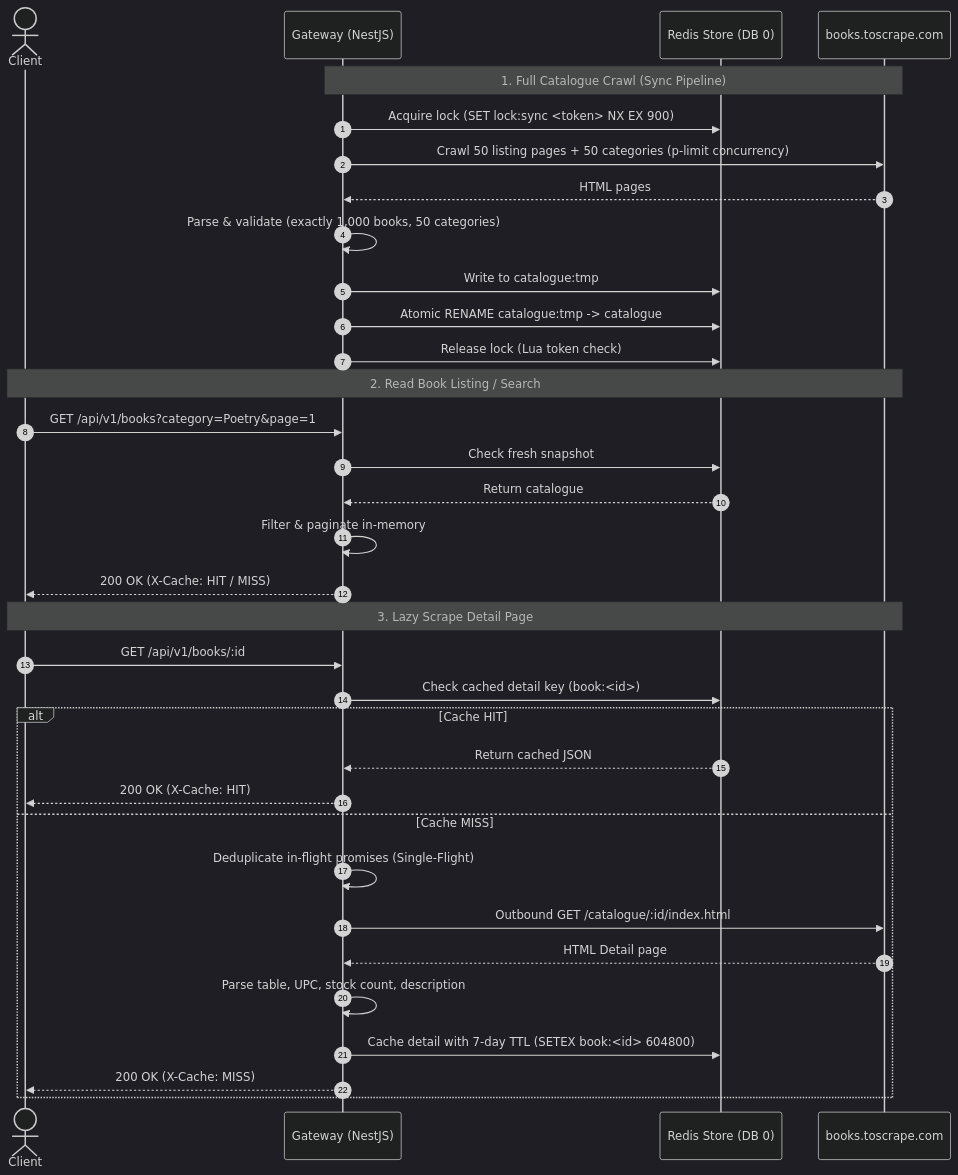
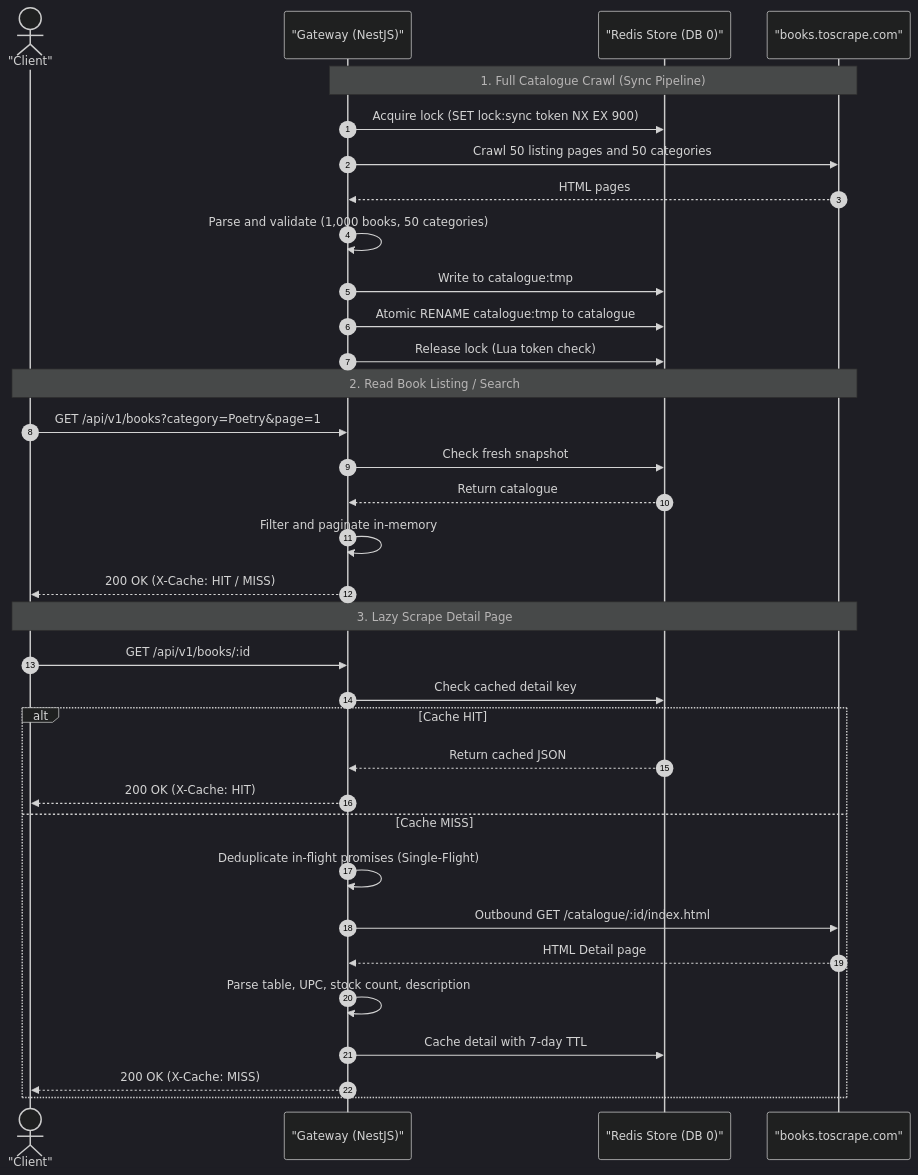
One commit to sandeep-kumar-21/bookscrape-getway-razorpay-assignment changed the second of 2 diagrams in README.md. Above: the diagram before and after it, drawn with Mermaid (dark theme). The commit also changed other lines of this file, not shown here.

Commit message:
docs: fix Mermaid diagram syntax for GitHub rendering

````diff
--- a/README.md
+++ b/README.md
@@ -91,42 +101,42 @@
 ```mermaid
 sequenceDiagram
     autonumber
-    actor Client
-    participant GW as Gateway (NestJS)
-    participant Redis as Redis Store (DB 0)
-    participant Upstream as books.toscrape.com
+    actor Client as "Client"
+    participant GW as "Gateway (NestJS)"
+    participant Redis as "Redis Store (DB 0)"
+    participant Upstream as "books.toscrape.com"
 
     %% Sync Flow
     Note over GW,Upstream: 1. Full Catalogue Crawl (Sync Pipeline)
-    GW->>Redis: Acquire lock (SET lock:sync <token> NX EX 900)
-    GW->>Upstream: Crawl 50 listing pages + 50 categories (p-limit concurrency)
+    GW->>Redis: Acquire lock (SET lock:sync token NX EX 900)
+    GW->>Upstream: Crawl 50 listing pages and 50 categories
     Upstream-->>GW: HTML pages
-    GW->>GW: Parse & validate (exactly 1,000 books, 50 categories)
+    GW->>GW: Parse and validate (1,000 books, 50 categories)
     GW->>Redis: Write to catalogue:tmp
-    GW->>Redis: Atomic RENAME catalogue:tmp -> catalogue
+    GW->>Redis: Atomic RENAME catalogue:tmp to catalogue
     GW->>Redis: Release lock (Lua token check)
 
     %% Request Flow
     Note over Client,Upstream: 2. Read Book Listing / Search
     Client->>GW: GET /api/v1/books?category=Poetry&page=1
     GW->>Redis: Check fresh snapshot
     Redis-->>GW: Return catalogue
-    GW->>GW: Filter & paginate in-memory
+    GW->>GW: Filter and paginate in-memory
     GW-->>Client: 200 OK (X-Cache: HIT / MISS)
 
     %% Lazy Detail Flow
     Note over Client,Upstream: 3. Lazy Scrape Detail Page
     Client->>GW: GET /api/v1/books/:id
-    GW->>Redis: Check cached detail key (book:<id>)
+    GW->>Redis: Check cached detail key
     alt Cache HIT
         Redis-->>GW: Return cached JSON
         GW-->>Client: 200 OK (X-Cache: HIT)
     else Cache MISS
         GW->>GW: Deduplicate in-flight promises (Single-Flight)
         GW->>Upstream: Outbound GET /catalogue/:id/index.html
         Upstream-->>GW: HTML Detail page
         GW->>GW: Parse table, UPC, stock count, description
-        GW->>Redis: Cache detail with 7-day TTL (SETEX book:<id> 604800)
+        GW->>Redis: Cache detail with 7-day TTL
         GW-->>Client: 200 OK (X-Cache: MISS)
     end
 ```
````
